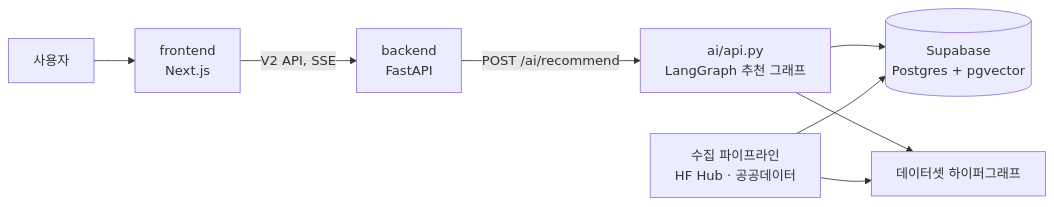
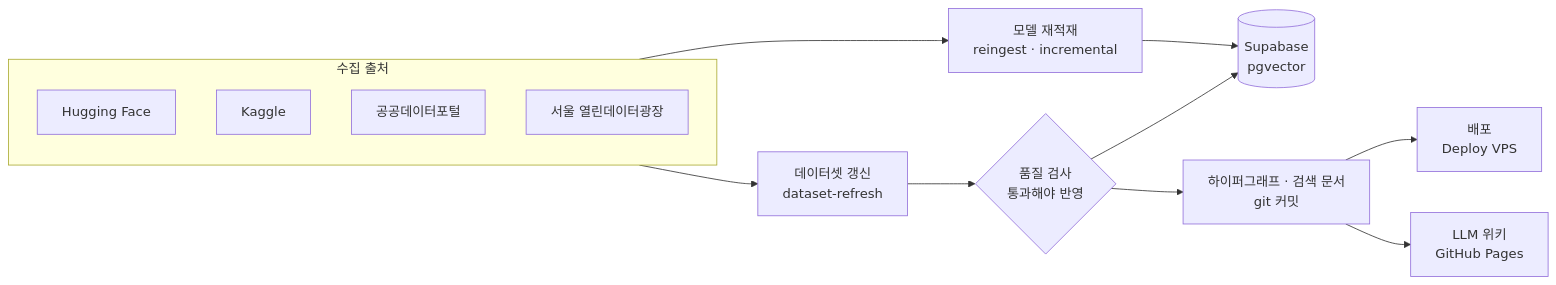
The second of 3 diagrams in README.md (Model-Scout/Model_Scout), drawn with Mermaid before and after one commit. The commit also changed other lines of this file and 9 other files, not shown here.

Commit message:
docs: document Model Scout and illustrate its architecture

````diff
--- a/README.md
+++ b/README.md
@@ -25,10 +119,17 @@
 ```mermaid
 flowchart LR
-    U[사용자] --> F[frontend<br/>Next.js]
-    F -->|V2 API, SSE| B[backend<br/>FastAPI]
-    B -->|POST /ai/recommend| A[ai/api.py<br/>LangGraph 추천 그래프]
-    A --> DB[(Supabase<br/>Postgres + pgvector)]
-    A --> G[데이터셋 하이퍼그래프]
-    P[수집 파이프라인<br/>HF Hub · 공공데이터] --> DB
-    P --> G
+    subgraph SRC[수집 출처]
+        HF[Hugging Face]
+        K[Kaggle]
+        P[공공데이터포털]
+        SE[서울 열린데이터광장]
+    end
+    SRC --> M[모델 재적재<br/>reingest · incremental]
+    SRC --> D[데이터셋 갱신<br/>dataset-refresh]
+    M --> DB[(Supabase<br/>pgvector)]
+    D --> Q{품질 검사<br/>통과해야 반영}
+    Q --> DB
+    Q --> H[하이퍼그래프 · 검색 문서<br/>git 커밋]
+    H --> DEP[배포<br/>Deploy VPS]
+    H --> W[LLM 위키<br/>GitHub Pages]
 ```
````
